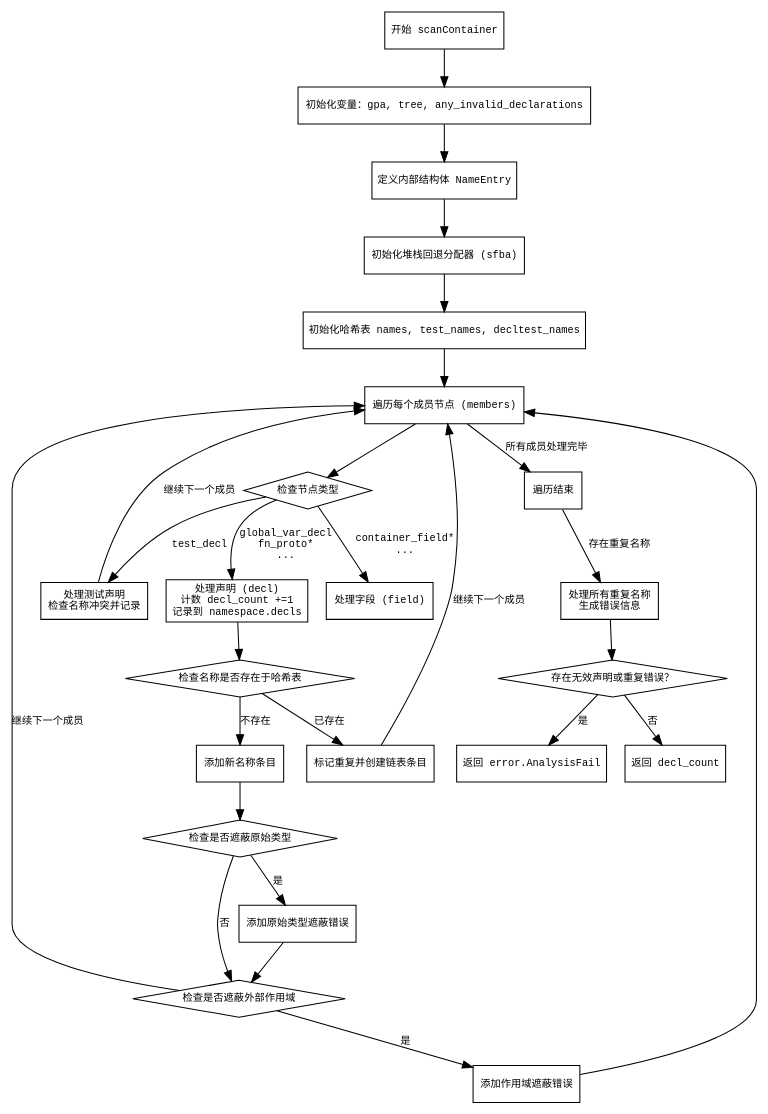
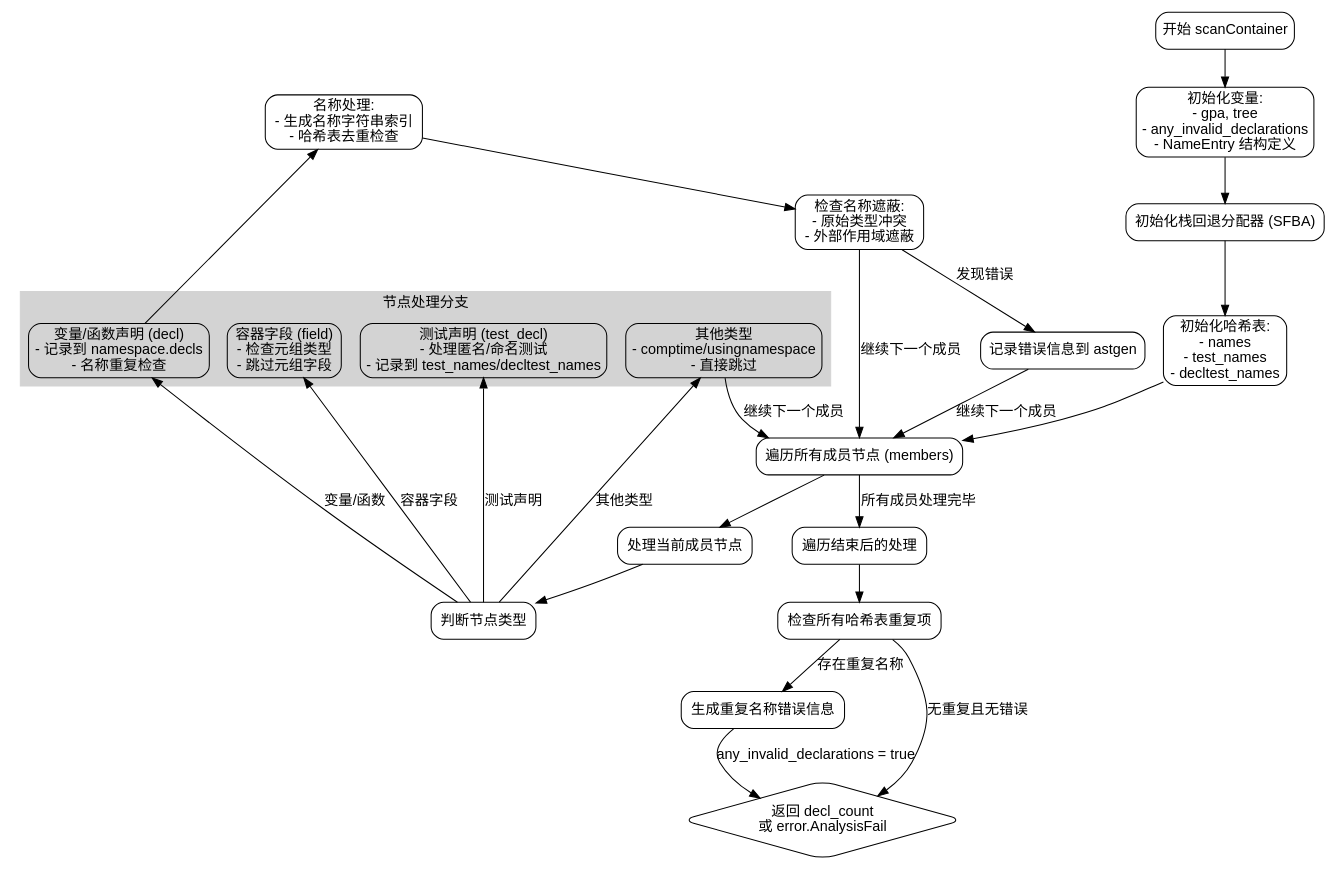
Before and after one commit to sdzx-1/deepseek-zig-reader: the diagram in dot_std/zig/AstGen.zig.scanContainer.md, drawn with Graphviz. The commit also changed other lines of this file and 236 other files, not shown here.

````diff
--- a/dot_std/zig/AstGen.zig.scanContainer.md
+++ b/dot_std/zig/AstGen.zig.scanContainer.md
@@ -31,58 +37,60 @@
 ```dot
 digraph flowchart {
-    node [shape=rectangle, fontname="Courier", fontsize=10];
-    edge [fontname="Courier", fontsize=10];
+    node [shape=rectangle, style="rounded", fontname="Arial"];
+    edge [fontname="Arial"];
 
     start [label="开始 scanContainer"];
-    init_vars [label="初始化变量：gpa, tree, any_invalid_declarations"];
-    define_nameentry [label="定义内部结构体 NameEntry"];
-    init_sfba [label="初始化堆栈回退分配器 (sfba)"];
-    init_hashmaps [label="初始化哈希表 names, test_names, decltest_names"];
-    loop_members [label="遍历每个成员节点 (members)"];
-    check_node_type [label="检查节点类型", shape=diamond];
-    handle_decl [label="处理声明 (decl)\n计数 decl_count +=1\n记录到 namespace.decls"];
-    handle_field [label="处理字段 (field)"];
-    handle_test_decl [label="处理测试声明\n检查名称冲突并记录"];
-    check_name_conflict [label="检查名称是否存在于哈希表", shape=diamond];
-    add_name_entry [label="添加新名称条目"];
-    mark_duplicate [label="标记重复并创建链表条目"];
-    check_primitive_shadow [label="检查是否遮蔽原始类型", shape=diamond];
-    add_primitive_error [label="添加原始类型遮蔽错误"];
-    check_outer_scope_shadow [label="检查是否遮蔽外部作用域", shape=diamond];
-    add_scope_shadow_error [label="添加作用域遮蔽错误"];
-    after_loop [label="遍历结束"];
-    process_duplicates [label="处理所有重复名称\n生成错误信息"];
-    check_any_errors [label="存在无效声明或重复错误？", shape=diamond];
-    return_error [label="返回 error.AnalysisFail"];
-    return_decl_count [label="返回 decl_count"];
+    init_vars [label="初始化变量:\n- gpa, tree\n- any_invalid_declarations\n- NameEntry 结构定义"];
+    init_sfba [label="初始化栈回退分配器 (SFBA)"];
+    init_hashmaps [label="初始化哈希表:\n- names\n- test_names\n- decltest_names"];
+    loop_members [label="遍历所有成员节点 (members)"];
+    process_node [label="处理当前成员节点"];
+    check_node_type [label="判断节点类型"];
 
-    start -> init_vars;
-    init_vars -> define_nameentry;
-    define_nameentry -> init_sfba;
-    init_sfba -> init_hashmaps;
-    init_hashmaps -> loop_members;
+    subgraph cluster_node_processing {
+        label="节点处理分支";
+        style=filled;
+        color=lightgrey;
 
-    loop_members -> check_node_type;
-    check_node_type -> handle_decl [label="global_var_decl\nfn_proto*\n..."];
-    check_node_type -> handle_field [label="container_field*\n..."];
-    check_node_type -> handle_test_decl [label="test_decl"];
-    handle_decl -> check_name_conflict;
-    handle_test_decl -> loop_members [label="继续下一个成员"];
-    check_name_conflict -> add_name_entry [label="不存在"];
-    check_name_conflict -> mark_duplicate [label="已存在"];
-    add_name_entry -> check_primitive_shadow;
-    mark_duplicate -> loop_members [label="继续下一个成员"];
-    check_primitive_shadow -> add_primitive_error [label="是"];
-    check_primitive_shadow -> check_outer_scope_shadow [label="否"];
-    add_primitive_error -> check_outer_scope_shadow;
-    check_outer_scope_shadow -> add_scope_shadow_error [label="是"];
-    check_outer_scope_shadow -> loop_members [label="继续下一个成员"];
-    add_scope_shadow_error -> loop_members;
+        node_field [label="容器字段 (field)\n- 检查元组类型\n- 跳过元组字段"];
+        node_decl [label="变量/函数声明 (decl)\n- 记录到 namespace.decls\n- 名称重复检查"];
+        node_test_decl [label="测试声明 (test_decl)\n- 处理匿名/命名测试\n- 记录到 test_names/decltest_names"];
+        node_other [label="其他类型\n- comptime/usingnamespace\n- 直接跳过"];
+    }
 
-    loop_members -> after_loop [label="所有成员处理完毕"];
-    after_loop -> process_duplicates [label="存在重复名称"];
-    process_duplicates -> check_any_errors;
-    check_any_errors -> return_error [label="是"];
-    check_any_errors -> return_decl_count [label="否"];
+    name_processing [label="名称处理:\n- 生成名称字符串索引\n- 哈希表去重检查"];
+    shadow_check [label="检查名称遮蔽:\n- 原始类型冲突\n- 外部作用域遮蔽"];
+    collect_errors [label="记录错误信息到 astgen"];
+    post_loop [label="遍历结束后的处理"];
+    check_duplicates [label="检查所有哈希表重复项"];
+    generate_errors [label="生成重复名称错误信息"];
+    return_result [label="返回结果:\n- decl_count 或错误"];
+
+    start -> init_vars -> init_sfba -> init_hashmaps -> loop_members;
+    loop_members -> process_node;
+    process_node -> check_node_type;
+
+    check_node_type -> node_field [label="容器字段"];
+    check_node_type -> node_decl [label="变量/函数"];
+    check_node_type -> node_test_decl [label="测试声明"];
+    check_node_type -> node_other [label="其他类型"];
+
+    node_field -> name_processing [style=invis];
+    node_decl -> name_processing;
+    node_test_decl -> name_processing [style=invis];
+    node_other -> loop_members [label="继续下一个成员"];
+
+    name_processing -> shadow_check;
+    shadow_check -> collect_errors [label="发现错误"];
+    shadow_check -> loop_members [label="继续下一个成员"];
+
+    loop_members -> post_loop [label="所有成员处理完毕"];
+    post_loop -> check_duplicates;
+    check_duplicates -> generate_errors [label="存在重复名称"];
+    generate_errors -> return_result [label="any_invalid_declarations = true"];
+    check_duplicates -> return_result [label="无重复且无错误"];
+
+    collect_errors -> loop_members [label="继续下一个成员"];
+    return_result [shape=diamond, label="返回 decl_count\n或 error.AnalysisFail"];
 }
 ```
````
